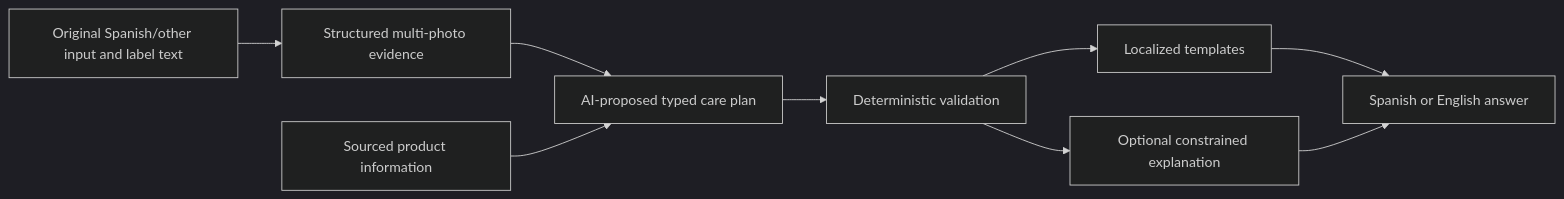
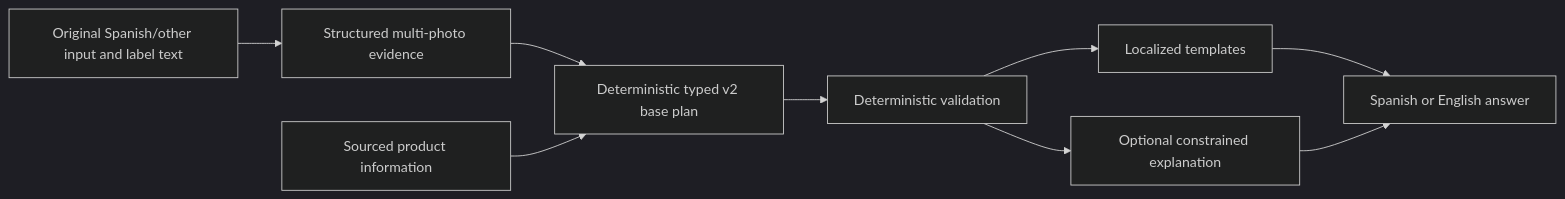
Before and after one commit to acado1986/fabricassist-platform: the second of 4 diagrams in docs/architecture.md, drawn with Mermaid (dark theme). The commit also changed other lines of this file and 4 other files, not shown here.

````diff
--- a/docs/architecture.md
+++ b/docs/architecture.md
@@ -814,16 +819,16 @@
 ```mermaid
 flowchart LR
     Original[Original Spanish/other input and label text]
     Extract[Structured multi-photo evidence]
     Product[Sourced product information]
-    Plan[AI-proposed typed care plan]
+    Plan[Deterministic typed v2 base plan]
     Validate[Deterministic validation]
     Templates[Localized templates]
     Explain[Optional constrained explanation]
     Answer[Spanish or English answer]
 
     Original --> Extract --> Plan
     Product --> Plan
     Plan --> Validate --> Templates --> Answer
     Validate --> Explain --> Answer
 ```
````
